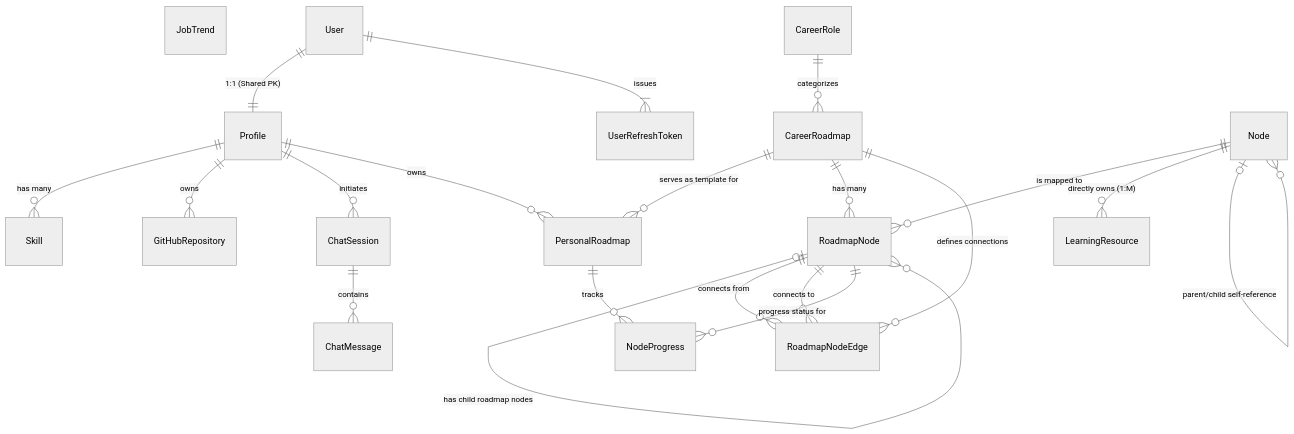
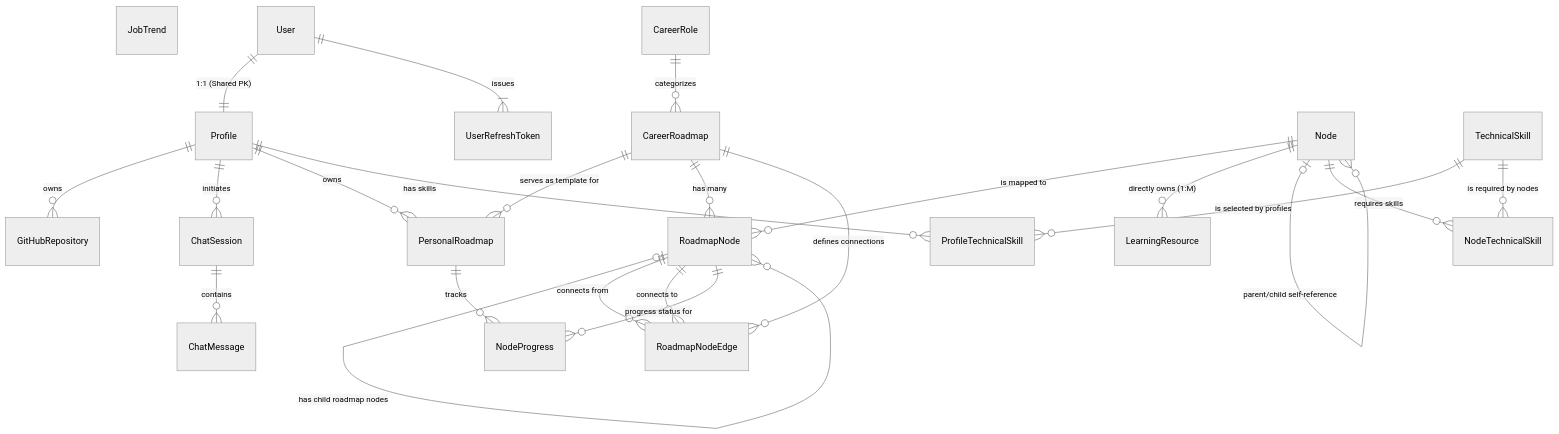
Before and after one commit to blackspacelock/prn232: the diagram in document/diagram/conceptual_erd.mmd, drawn with Mermaid (neutral theme). The commit also changed 1 other file, not shown here.

Commit message:
docs: update erd following migrations update

```diff
--- a/document/diagram/conceptual_erd.mmd
+++ b/document/diagram/conceptual_erd.mmd
@@ -1,32 +1,37 @@
 erDiagram
     %% Standalone Entity
     JobTrend 
 
     %% Core User & Profile Entities
     User ||--|| Profile : "1:1 (Shared PK)"
-    Profile ||--o{ Skill : "has many"
     Profile ||--o{ GitHubRepository : "owns"
     Profile ||--o{ ChatSession : "initiates"
     ChatSession ||--o{ ChatMessage : "contains"
     User ||--|{ UserRefreshToken : "issues"
 
     %% Career & Roadmap Template Entities
     CareerRole ||--o{ CareerRoadmap : "categorizes"
     
     %% Personalization Entities
     CareerRoadmap ||--o{ PersonalRoadmap : "serves as template for"
     Profile ||--o{ PersonalRoadmap : "owns"
 
     %% Hierarchy & Junction Entities
     CareerRoadmap ||--o{ RoadmapNode : "has many"
     Node ||--o{ RoadmapNode : "is mapped to"
     RoadmapNode |o--o{ RoadmapNode : "has child roadmap nodes"
     CareerRoadmap ||--o{ RoadmapNodeEdge : "defines connections"
     RoadmapNode ||--o{ RoadmapNodeEdge : "connects from"
     RoadmapNode ||--o{ RoadmapNodeEdge : "connects to"
     
     PersonalRoadmap ||--o{ NodeProgress : "tracks"
     RoadmapNode ||--o{ NodeProgress : "progress status for"
 
     Node ||--o{ LearningResource : "directly owns (1:M)"
     Node |o--o{ Node : "parent/child self-reference"
+
+    %% Skill Taxonomy Entities
+    Profile ||--o{ ProfileTechnicalSkill : "has skills"
+    TechnicalSkill ||--o{ ProfileTechnicalSkill : "is selected by profiles"
+    Node ||--o{ NodeTechnicalSkill : "requires skills"
+    TechnicalSkill ||--o{ NodeTechnicalSkill : "is required by nodes"
```
